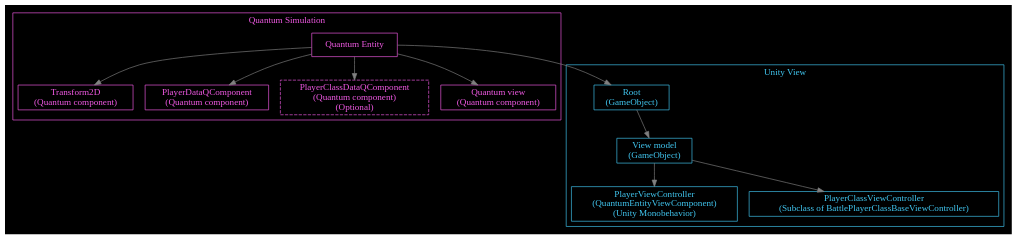
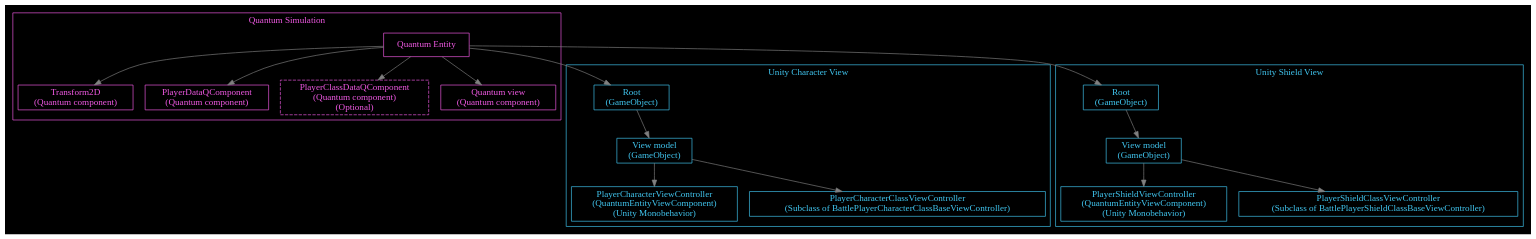
One commit to Alt-Org/Altzone changed the sixth of 8 diagrams in Doc/Doxygen/Battle/additional-documentation/pages/1-concepts-player-.md. Above: the diagram before and after it, drawn with Graphviz. The commit also changed other lines of this file and 2 other files, not shown here.

Commit message:
BattleDoc: updated documentation to reflect the separation of character and shield view logic #1110

````diff
--- a/Doc/Doxygen/Battle/additional-documentation/pages/1-concepts-player-.md
+++ b/Doc/Doxygen/Battle/additional-documentation/pages/1-concepts-player-.md
@@ -268,43 +268,58 @@
 ```dot
 digraph PlayerCharacterEntity {
   color=white;
   fontcolor=white;
   bgcolor=black;
 
 
   edge [color=gray];
 
   subgraph cluster_quantum {
     color="#F159E4";
     fontcolor="#F159E4";
     label = "Quantum Simulation";
 
     node [shape=box, style=filled, color="#F159E4", fontcolor="#F159E4", fillcolor=black];
 
     Entity          [label="Quantum Entity"];
     Transform2D     [label="Transform2D\n(Quantum component)"];
     PlayerData      [label="PlayerDataQComponent\n(Quantum component)"];
     PlayerClassData [label="PlayerClassDataQComponent\n(Quantum component)\n(Optional)", style=dashed];
     View            [label="Quantum view\n(Quantum component)"];
 
     Entity -> Transform2D, PlayerData, PlayerClassData, View;
   }
 
-  subgraph cluster_unity {
+  subgraph cluster_unity_character {
     color="#41C7F1";
     fontcolor="#41C7F1";
-    label = "Unity View";
+    label = "Unity Character View";
 
     node [shape=box, style=filled, color="#41C7F1", fontcolor="#41C7F1", fillcolor=black];
 
-    RootGameObject            [label="Root\n(GameObject)"];
-    ViewModel                 [label="View model\n(GameObject)"];
-    PlayerViewController      [label="PlayerViewController\n(QuantumEntityViewComponent)\n(Unity Monobehavior)"];
-    PlayerClassViewController [label="PlayerClassViewController\n(Subclass of BattlePlayerClassBaseViewController)"];
+    CharacterRootGameObject                     [label="Root\n(GameObject)"];
+    CharacterViewModel                          [label="View model\n(GameObject)"];
+    PlayerCharacterViewController      [label="PlayerCharacterViewController\n(QuantumEntityViewComponent)\n(Unity Monobehavior)"];
+    PlayerCharacterClassViewController [label="PlayerCharacterClassViewController\n(Subclass of BattlePlayerCharacterClassBaseViewController)"];
 
-    RootGameObject -> ViewModel -> PlayerViewController, PlayerClassViewController;
+    CharacterRootGameObject -> CharacterViewModel -> PlayerCharacterViewController, PlayerCharacterClassViewController;
   }
 
-  Entity -> RootGameObject;
+  subgraph cluster_unity_shield {
+    color="#41C7F1";
+    fontcolor="#41C7F1";
+    label = "Unity Shield View";
+
+    node [shape=box, style=filled, color="#41C7F1", fontcolor="#41C7F1", fillcolor=black];
+
+    ShieldRootGameObject                  [label="Root\n(GameObject)"];
+    ShieldViewModel                       [label="View model\n(GameObject)"];
+    PlayerShieldViewController      [label="PlayerShieldViewController\n(QuantumEntityViewComponent)\n(Unity Monobehavior)"];
+    PlayerShieldClassViewController [label="PlayerShieldClassViewController\n(Subclass of BattlePlayerShieldClassBaseViewController)"];
+
+    ShieldRootGameObject -> ShieldViewModel -> PlayerShieldViewController, PlayerShieldClassViewController;
+  }
+
+  Entity -> CharacterRootGameObject, ShieldRootGameObject;
 }
 ```
````
